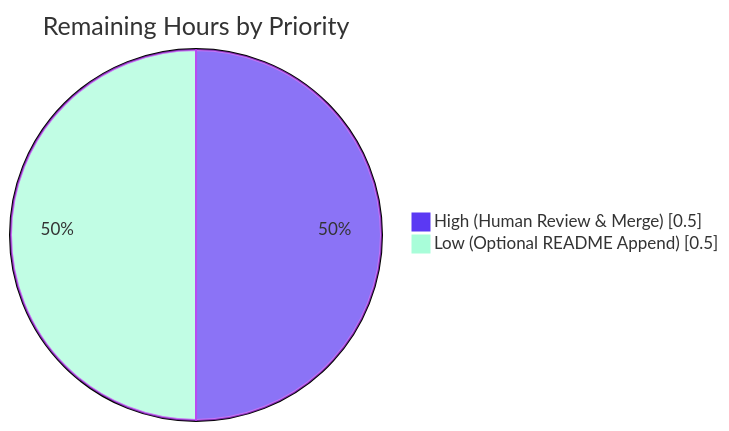
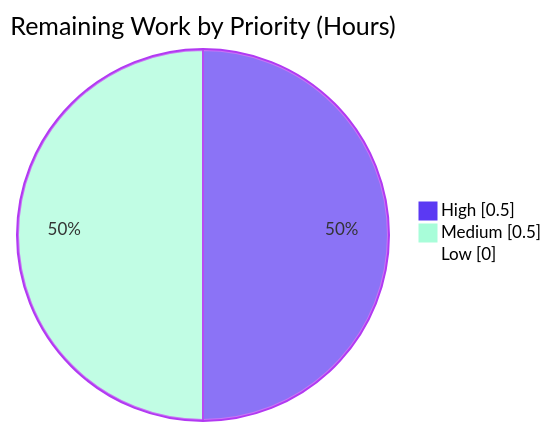
Before and after one commit to shaliniblitzy/Check11May: the third of 4 diagrams in blitzy/documentation/Project Guide.md, drawn with Mermaid. The commit also changed other lines of this file, not shown here.

Commit message:
Adding Blitzy Project Guide: Project Status and Human Tasks Remaining

````diff
--- a/blitzy/documentation/Project Guide.md
+++ b/blitzy/documentation/Project Guide.md
@@ -231,6 +229,7 @@
 ```mermaid
-%%{init: {'theme':'base', 'themeVariables': {'pie1': '#5B39F3', 'pie2': '#A8FDD9', 'pieStrokeColor': '#B23AF2', 'pieStrokeWidth': '2px'}}}%%
-pie showData title Remaining Hours by Priority
-    "High (Human Review & Merge)" : 0.5
-    "Low (Optional README Append)" : 0.5
+%%{init: {"themeVariables": {"pie1": "#5B39F3", "pie2": "#A8FDD9", "pie3": "#FFFFFF", "pieStrokeColor": "#B23AF2", "pieOuterStrokeColor": "#B23AF2"}}}%%
+pie showData title Remaining Work by Priority (Hours)
+    "High" : 0.5
+    "Medium" : 0.5
+    "Low" : 0.0
 ```
````
